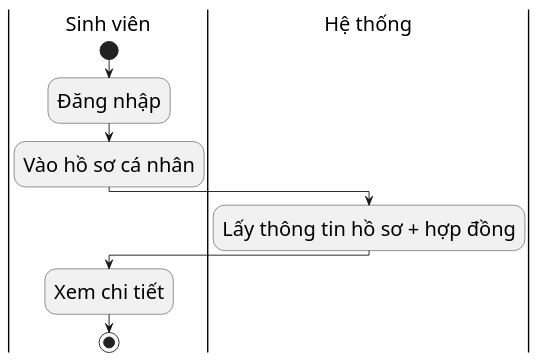
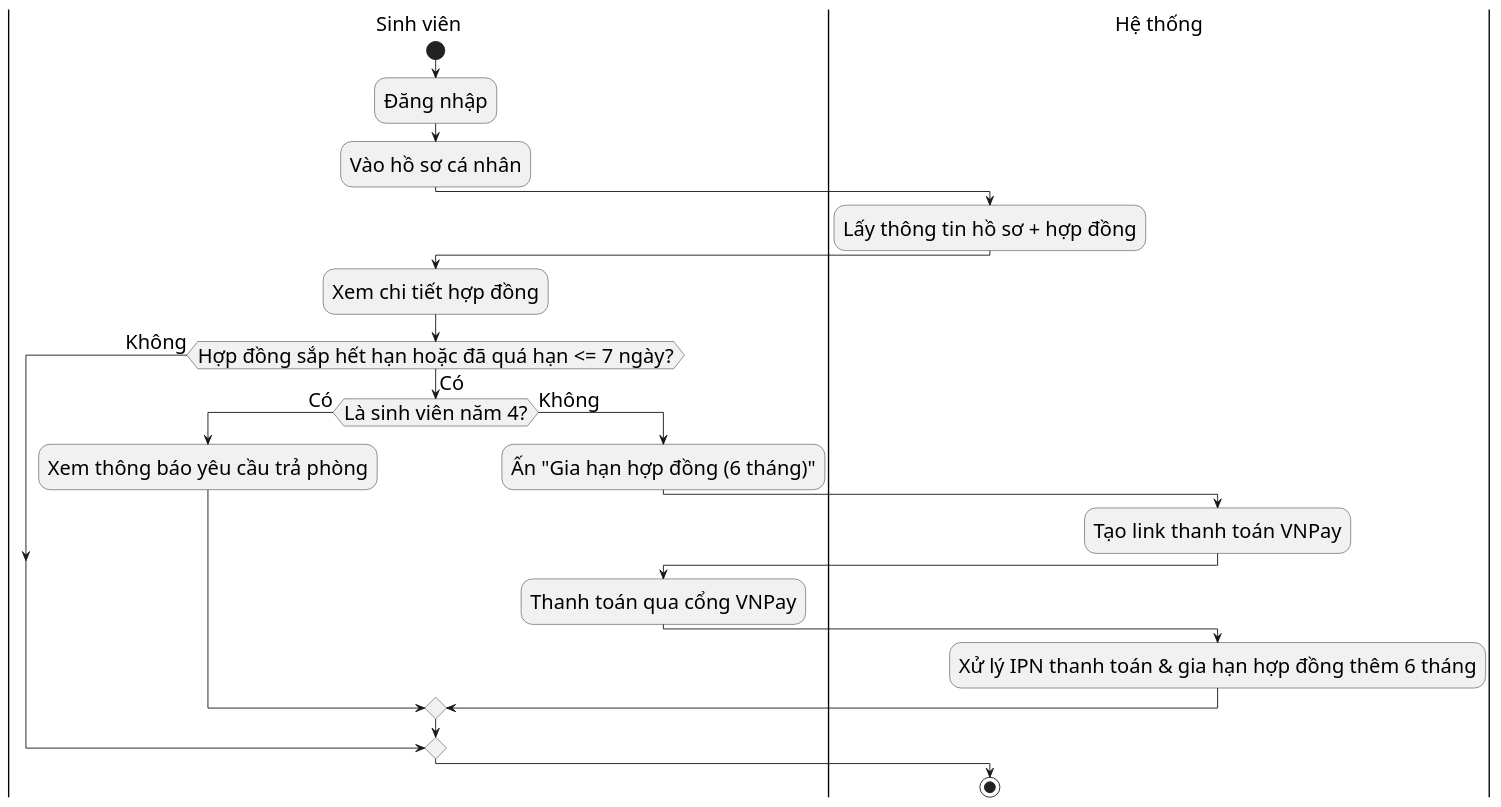
One commit to s0nbuildtech287/dormitory-frontend changed the diagram in diagrams/nhomsinhvien/student_profile_contract_activity.puml. Above: the diagram before and after it, drawn with PlantUML. The commit also changed 1 other file, not shown here.

Commit message:
chỉnh lại 1 xíu diagram

```diff
--- a/diagrams/nhomsinhvien/student_profile_contract_activity.puml
+++ b/diagrams/nhomsinhvien/student_profile_contract_activity.puml
@@ -1,13 +1,27 @@
 @startuml "Student Profile Contract Activity"
 skinparam defaultFontSize 22
 skinparam defaultFontName "Times New Roman"
 |Sinh viên|
 start
 :Đăng nhập;
 :Vào hồ sơ cá nhân;
 |Hệ thống|
 :Lấy thông tin hồ sơ + hợp đồng;
 |Sinh viên|
-:Xem chi tiết;
+:Xem chi tiết hợp đồng;
+if (Hợp đồng sắp hết hạn hoặc đã quá hạn <= 7 ngày?) then (Có)
+  if (Là sinh viên năm 4?) then (Có)
+    :Xem thông báo yêu cầu trả phòng;
+  else (Không)
+    :Ấn "Gia hạn hợp đồng (6 tháng)";
+    |Hệ thống|
+    :Tạo link thanh toán VNPay;
+    |Sinh viên|
+    :Thanh toán qua cổng VNPay;
+    |Hệ thống|
+    :Xử lý IPN thanh toán & gia hạn hợp đồng thêm 6 tháng;
+  endif
+else (Không)
+endif
 stop
 @enduml
```
